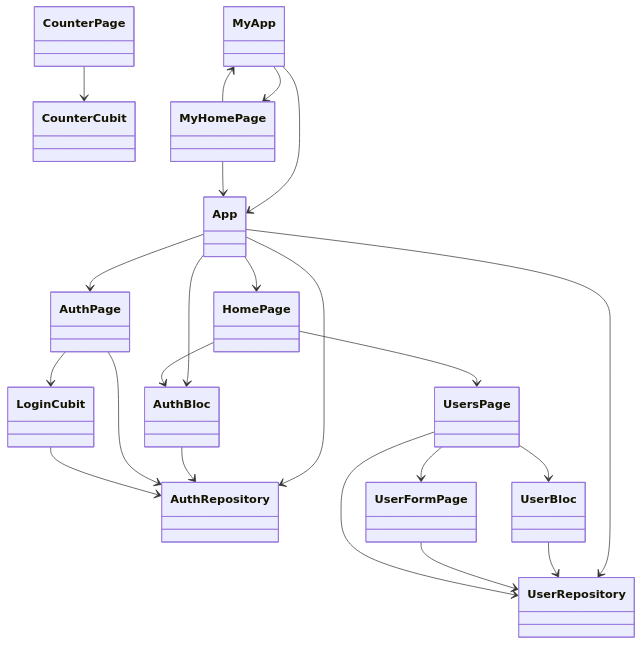
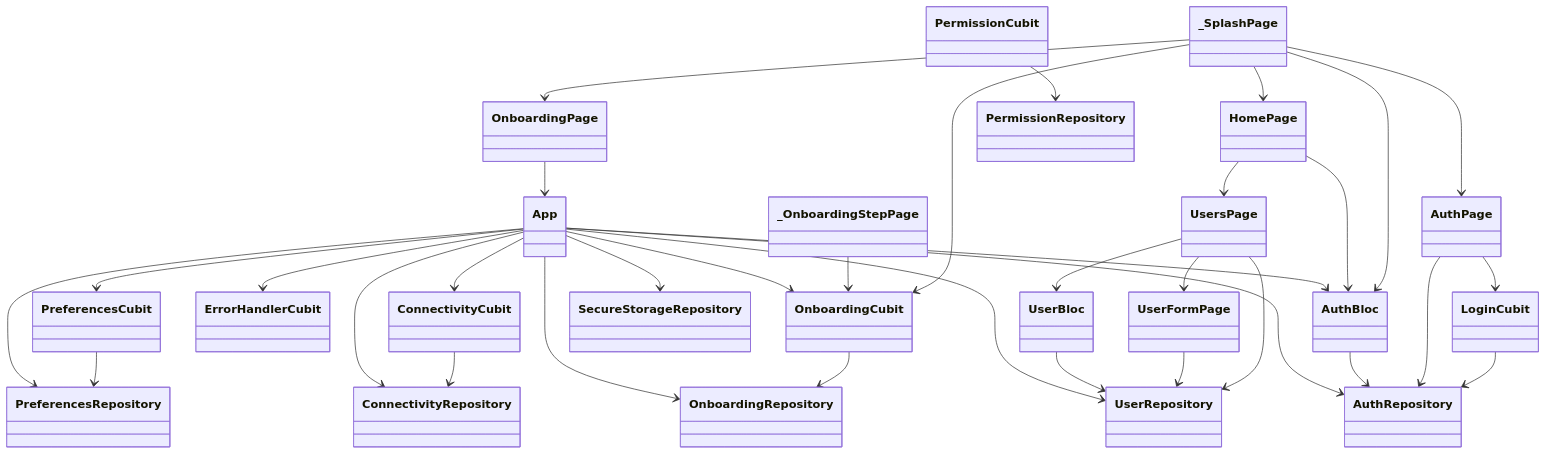
One commit to xhermesxenl/vgv changed the diagram in docs/architecture_antigravity.md. Above: the diagram before and after it, drawn with Mermaid. The commit also changed 110 other files, not shown here.

Commit message:
docs: add architecture documentation (reset on main)

````diff
--- a/docs/architecture_antigravity.md
+++ b/docs/architecture_antigravity.md
@@ -5,38 +5,59 @@
 ```mermaid
 classDiagram
   class App
   class AuthBloc
   class AuthPage
   class AuthRepository
-  class CounterCubit
-  class CounterPage
+  class ConnectivityCubit
+  class ConnectivityRepository
+  class ErrorHandlerCubit
   class HomePage
   class LoginCubit
-  class MyApp
-  class MyHomePage
+  class OnboardingCubit
+  class OnboardingPage
+  class OnboardingRepository
+  class PermissionCubit
+  class PermissionRepository
+  class PreferencesCubit
+  class PreferencesRepository
+  class SecureStorageRepository
   class UserBloc
   class UserFormPage
   class UserRepository
   class UsersPage
+  class _OnboardingStepPage
+  class _SplashPage
   App --> AuthBloc
-  App --> AuthPage
   App --> AuthRepository
-  App --> HomePage
+  App --> ConnectivityCubit
+  App --> ConnectivityRepository
+  App --> ErrorHandlerCubit
+  App --> OnboardingCubit
+  App --> OnboardingRepository
+  App --> PreferencesCubit
+  App --> PreferencesRepository
+  App --> SecureStorageRepository
   App --> UserRepository
   AuthBloc --> AuthRepository
   AuthPage --> AuthRepository
   AuthPage --> LoginCubit
-  CounterPage --> CounterCubit
+  ConnectivityCubit --> ConnectivityRepository
   HomePage --> AuthBloc
   HomePage --> UsersPage
   LoginCubit --> AuthRepository
-  MyApp --> App
-  MyApp --> MyHomePage
-  MyHomePage --> App
-  MyHomePage --> MyApp
+  OnboardingCubit --> OnboardingRepository
+  OnboardingPage --> App
+  PermissionCubit --> PermissionRepository
+  PreferencesCubit --> PreferencesRepository
   UserBloc --> UserRepository
   UserFormPage --> UserRepository
   UsersPage --> UserBloc
   UsersPage --> UserFormPage
   UsersPage --> UserRepository
+  _OnboardingStepPage --> OnboardingCubit
+  _SplashPage --> AuthBloc
+  _SplashPage --> AuthPage
+  _SplashPage --> HomePage
+  _SplashPage --> OnboardingCubit
+  _SplashPage --> OnboardingPage
 ```
````
